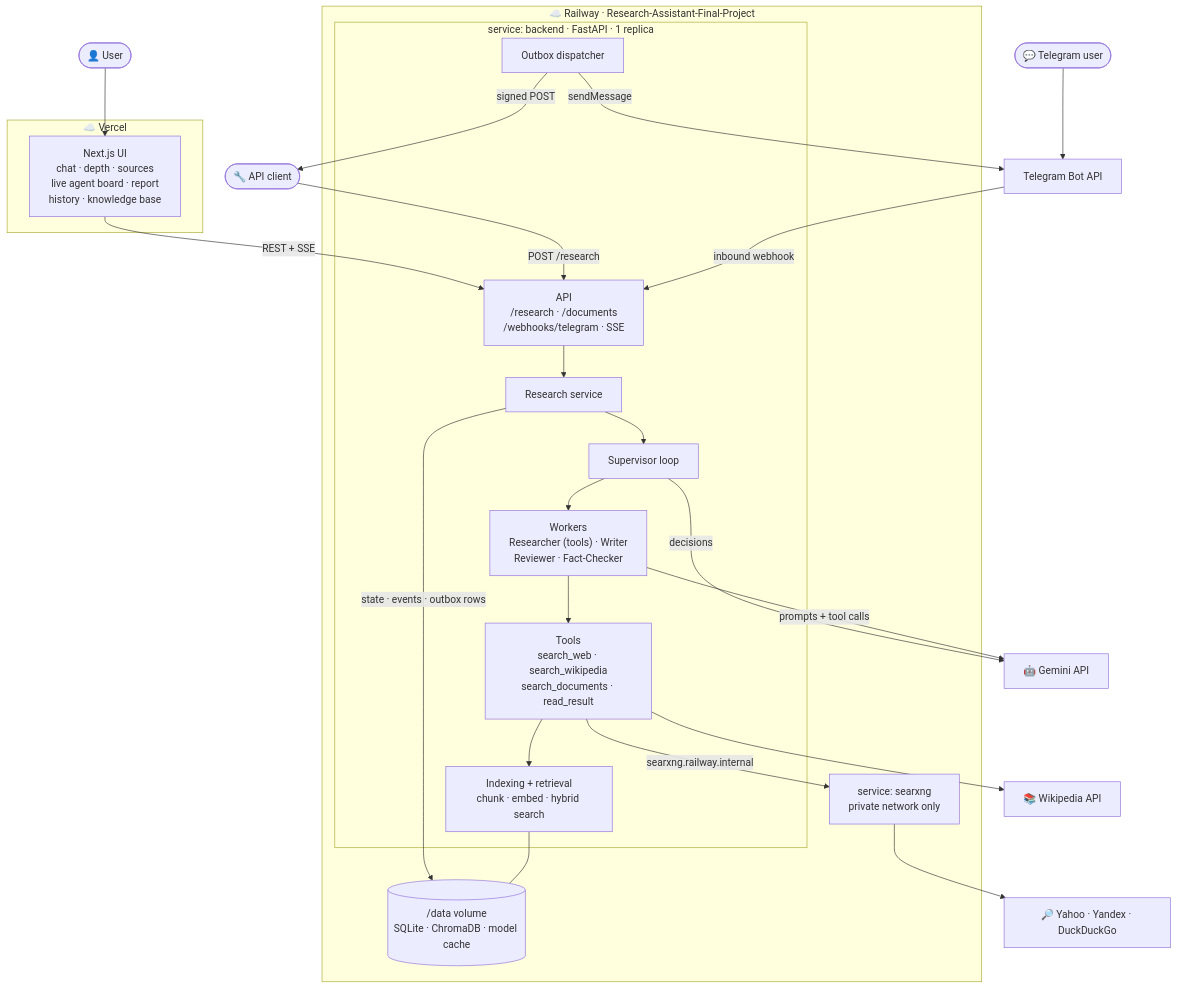
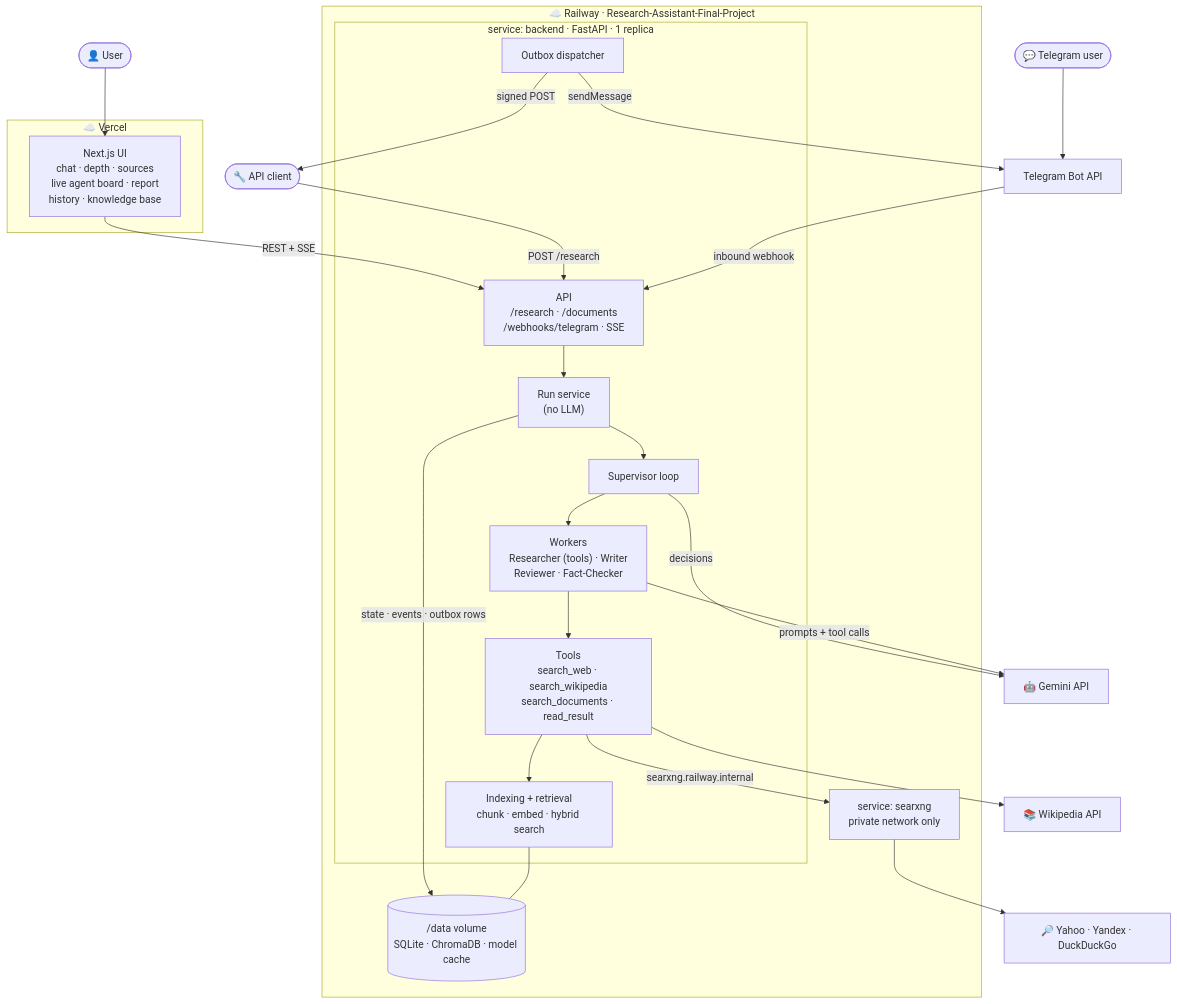
Before and after one commit to RodrigoDamasio/TA_FinalProject: the first of 7 diagrams in Final_project/PLAN.md, drawn with Mermaid. The commit also changed other lines of this file and 5 other files, not shown here.

````diff
--- a/Final_project/PLAN.md
+++ b/Final_project/PLAN.md
@@ -69,47 +69,47 @@
 ```mermaid
 flowchart TB
     user(["👤 User"])
     tguser(["💬 Telegram user"])
     client(["🔧 API client"])
 
     subgraph vercel["☁️ Vercel"]
         fe["Next.js UI<br/>chat · depth · sources<br/>live agent board · report<br/>history · knowledge base"]
     end
 
     subgraph railway["☁️ Railway · Research-Assistant-Final-Project"]
         subgraph be["service: backend · FastAPI · 1 replica"]
             api["API<br/>/research · /documents<br/>/webhooks/telegram · SSE"]
-            svc["Research service"]
+            svc["Run service<br/>(no LLM)"]
             sup["Supervisor loop"]
             workers["Workers<br/>Researcher (tools) · Writer<br/>Reviewer · Fact-Checker"]
             tools["Tools<br/>search_web · search_wikipedia<br/>search_documents · read_result"]
             rag["Indexing + retrieval<br/>chunk · embed · hybrid search"]
             outbox["Outbox dispatcher"]
         end
         db[("/data volume<br/>SQLite · ChromaDB · model cache")]
         sx["service: searxng<br/>private network only"]
     end
 
     gemini["🤖 Gemini API"]
     wiki["📚 Wikipedia API"]
     engines["🔎 Yahoo · Yandex · DuckDuckGo"]
     tg["Telegram Bot API"]
 
     user --> fe
     fe -- "REST + SSE" --> api
     client -- "POST /research" --> api
     tguser --> tg
     tg -- "inbound webhook" --> api
     api --> svc --> sup --> workers
     workers --> tools
     tools --> rag
     tools -- "searxng.railway.internal" --> sx
     sx --> engines
     tools --> wiki
     sup -- "decisions" --> gemini
     workers -- "prompts + tool calls" --> gemini
     svc -- "state · events · outbox rows" --> db
     rag --- db
     outbox -- "sendMessage" --> tg
     outbox -- "signed POST" --> client
 ```
````
